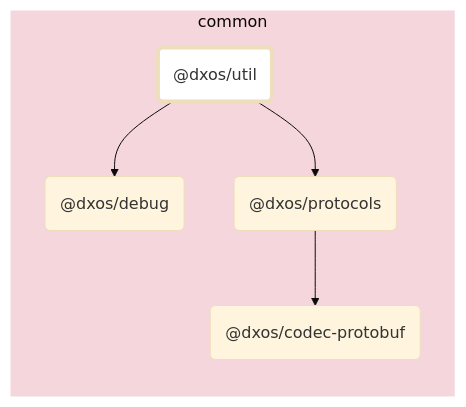
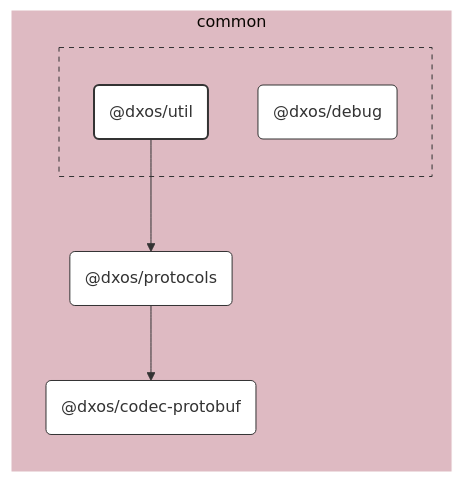
The diagram in packages/common/util/docs/README.md (dxos/dxos), drawn with Mermaid (base theme) before and after one commit. The commit also changed 100 other files, not shown here.

````diff
--- a/packages/common/util/docs/README.md
+++ b/packages/common/util/docs/README.md
@@ -7,21 +7,41 @@
 ```mermaid
-flowchart LR;
+%%{ init: {'flowchart':{'curve':'basis'}} }%%
 
-style dxos/util fill:#fff,stroke-width:4px;
+flowchart LR
 
-click dxos/debug "https:/github.com/dxos/dxos/tree/main/packages/common/debug/docs";
-click dxos/protocols "https:/github.com/dxos/dxos/tree/main/packages/common/protocols/docs";
-click dxos/codec-protobuf "https:/github.com/dxos/dxos/tree/main/packages/common/codec-protobuf/docs";
+%% Links
+dxos/protocols --> dxos/codec-protobuf;
+dxos/util --> dxos/protocols;
 
+%% Sections
 subgraph common
-  style common fill:#f5d6dd,stroke:#fff;
-  dxos/util("@dxos/util");
-  dxos/debug("@dxos/debug");
-  dxos/protocols("@dxos/protocols");
-  dxos/codec-protobuf("@dxos/codec-protobuf");
+  style common fill:#debac2,stroke:#fff;
+
+  dxos/codec-protobuf("@dxos/codec-protobuf")
+  dxos/protocols("@dxos/protocols")
+
+  subgraph common-excluded [ ]
+    style common-excluded fill:#debac2,stroke:#333,stroke-dasharray:5 5;
+
+    dxos/debug("@dxos/debug")
+    dxos/util("@dxos/util")
+  end
 end
 
-dxos/util --> dxos/debug;
-dxos/util --> dxos/protocols;
-dxos/protocols --> dxos/codec-protobuf;
+
+%% Hyperlinks
+click dxos/codec-protobuf href "https:/github.com/dxos/dxos/tree/main/packages/common/codec-protobuf/docs";
+click dxos/debug href "https:/github.com/dxos/dxos/tree/main/packages/common/debug/docs";
+click dxos/protocols href "https:/github.com/dxos/dxos/tree/main/packages/common/protocols/docs";
+
+%% Styles
+classDef rootNode fill:#fff,stroke:#333,stroke-width:2px
+classDef defaultNode fill:#fff,stroke:#333,stroke-width:1px
+linkStyle default stroke:#333,stroke-width:1px
+
+dxos/util:::rootNode
+
+dxos/codec-protobuf:::defaultNode
+dxos/debug:::defaultNode
+dxos/protocols:::defaultNode
 ```
````
